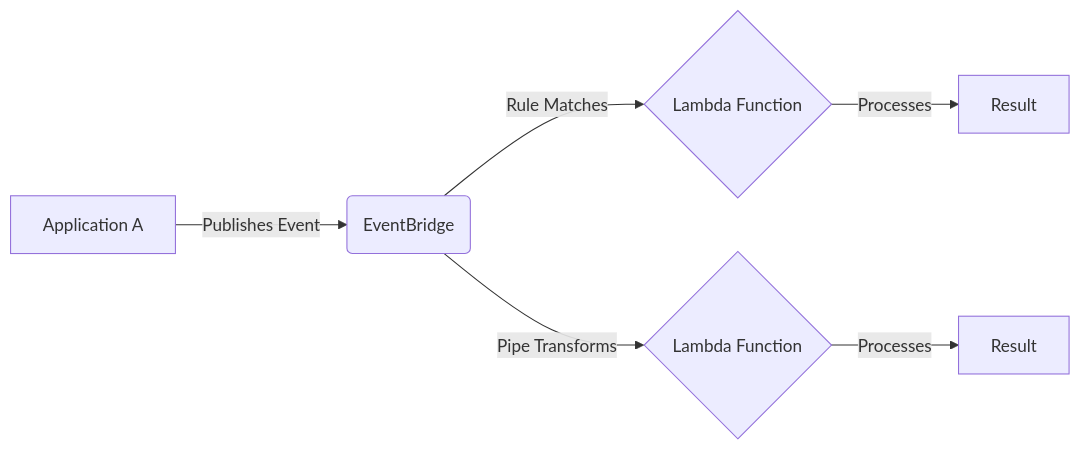
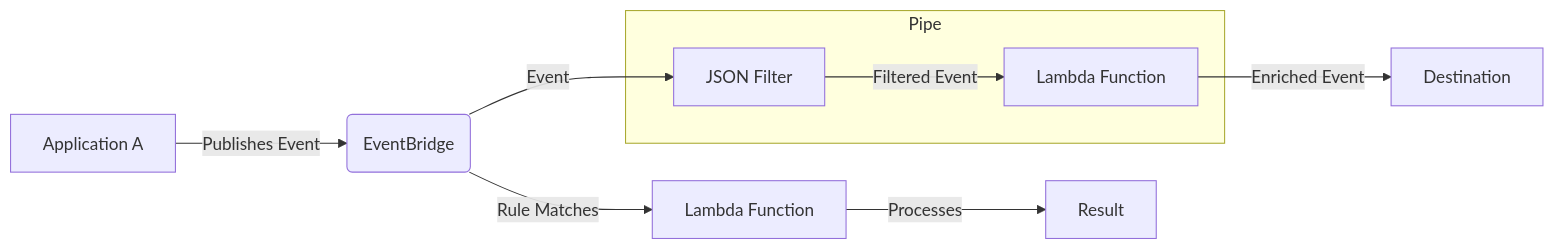
One commit to susmitpy/talks changed the ninth of 15 diagrams in aws_lambda.md. Above: the diagram before and after it, drawn with Mermaid. The commit also changed other lines of this file and 6 other files, not shown here.

````diff
--- a/aws_lambda.md
+++ b/aws_lambda.md
@@ -430,10 +418,13 @@
 ```mermaid
 graph LR
     A[Application A] -- Publishes Event --> B(EventBridge)
-    B -- Rule Matches --> C{Lambda Function}
-    B -- Pipe Transforms --> D{Lambda Function}
-    C -- Processes --> E[Result]
-    D -- Processes --> F[Result]
-
-    class B,C,D fill:#f9f,stroke:#333,stroke-width:2px
+    B -- Rule Matches --> C[Lambda Function]
+    subgraph Pipe
+        D[JSON Filter]
+        E[Lambda Function]
+    end
+    B -- Event --> D
+    D -- Filtered Event --> E
+    E -- Enriched Event --> F[Destination]
+    C -- Processes --> G[Result]
 ```
````
